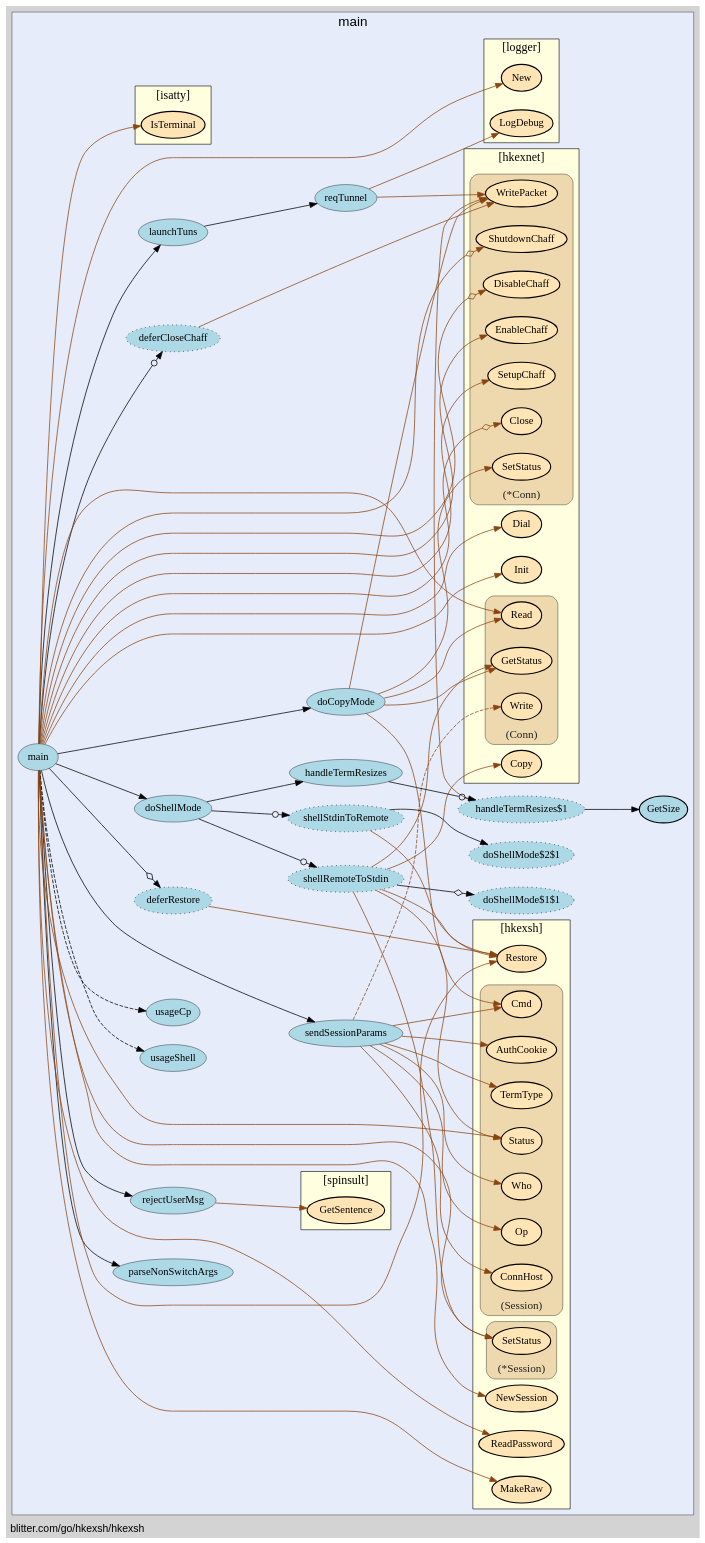
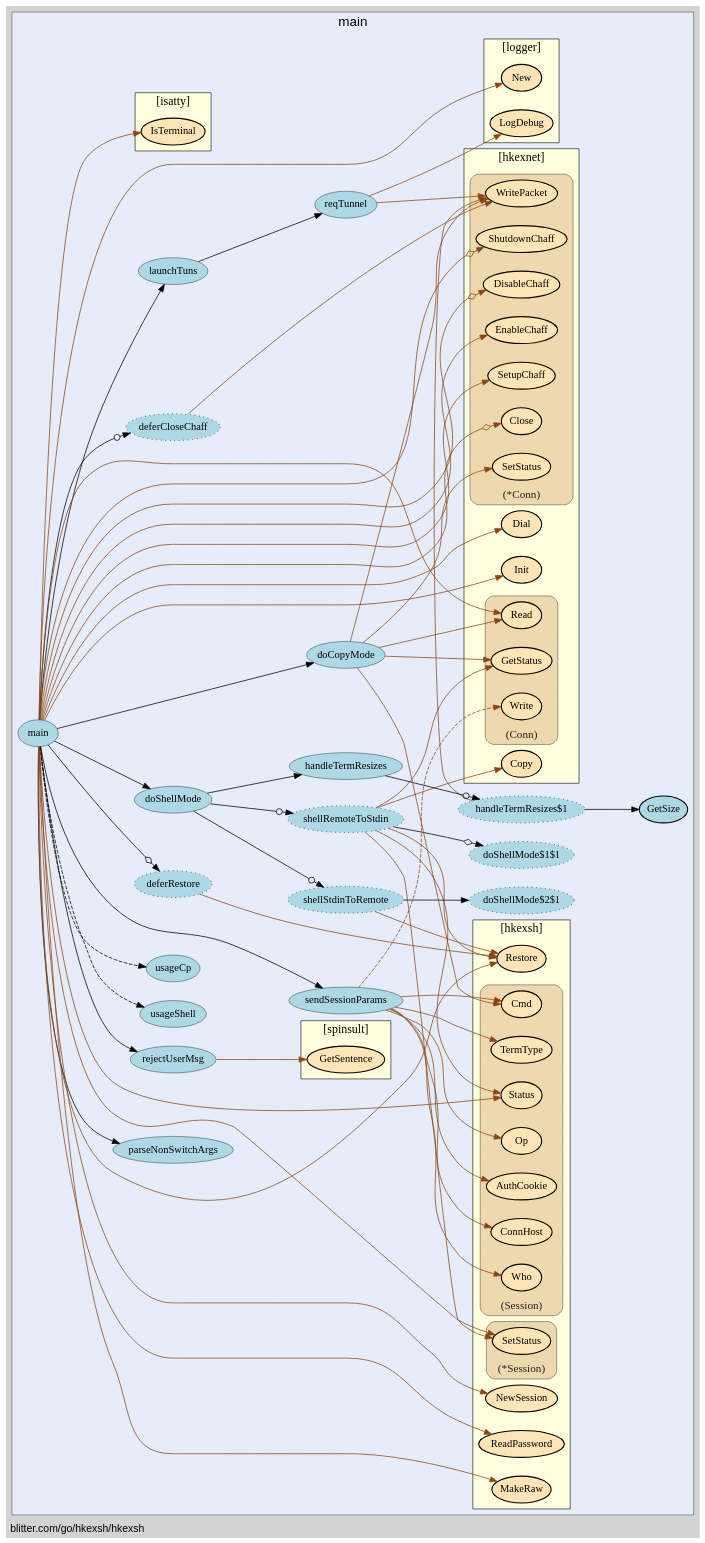
Before and after one commit to isgasho/xs: the diagram in hkexsh/hkexsh-vis.gv, drawn with Graphviz. The commit also changed 11 other files, not shown here.

```diff
--- a/hkexsh/hkexsh-vis.gv
+++ b/hkexsh/hkexsh-vis.gv
@@ -14,98 +14,98 @@
     edge [minlen="2"]
 
     subgraph "cluster_focus" {
-        labelloc="t";
-labeljust="c";
+        labeljust="c";
 fontsize="18";
 bgcolor="#e6ecfa";
 label="main";
+labelloc="t";
         
-        "blitter.com/go/hkexsh/hkexsh.reqTunnel" [ fillcolor="lightblue" label="reqTunnel" penwidth="0.5" ]
-        "blitter.com/go/hkexsh/hkexsh.sendSessionParams" [ label="sendSessionParams" penwidth="0.5" fillcolor="lightblue" ]
-        "blitter.com/go/hkexsh/hkexsh.launchTuns" [ fillcolor="lightblue" label="launchTuns" penwidth="0.5" ]
-        "blitter.com/go/hkexsh/hkexsh.main" [ fillcolor="lightblue" label="main" penwidth="0.5" ]
-        "blitter.com/go/hkexsh/hkexsh.parseNonSwitchArgs" [ fillcolor="lightblue" label="parseNonSwitchArgs" penwidth="0.5" ]
-        "blitter.com/go/hkexsh/hkexsh.main$1" [ fillcolor="lightblue" label="deferRestore" style="dotted,filled" ]
-        "blitter.com/go/hkexsh/hkexsh.rejectUserMsg" [ fillcolor="lightblue" label="rejectUserMsg" penwidth="0.5" ]
-        "blitter.com/go/hkexsh/hkexsh.main$2" [ fillcolor="lightblue" label="deferCloseChaff" style="dotted,filled" ]
+        "blitter.com/go/hkexsh/hkexsh.sendSessionParams" [ fillcolor="lightblue" label="sendSessionParams" penwidth="0.5" ]
         "blitter.com/go/hkexsh/hkexsh.doShellMode$1" [ fillcolor="lightblue" label="shellRemoteToStdin" style="dotted,filled" ]
         "blitter.com/go/hkexsh/hkexsh.doShellMode$1$1" [ fillcolor="lightblue" label="doShellMode$1$1" style="dotted,filled" ]
+        "blitter.com/go/hkexsh/hkexsh.main$1" [ fillcolor="lightblue" label="deferRestore" style="dotted,filled" ]
+        "blitter.com/go/hkexsh/hkexsh.reqTunnel" [ fillcolor="lightblue" label="reqTunnel" penwidth="0.5" ]
         "blitter.com/go/hkexsh/hkexsh.doShellMode" [ fillcolor="lightblue" label="doShellMode" penwidth="0.5" ]
         "blitter.com/go/hkexsh/hkexsh.handleTermResizes$1" [ fillcolor="lightblue" label="handleTermResizes$1" style="dotted,filled" ]
         "blitter.com/go/hkexsh/hkexsh.GetSize" [ fillcolor="lightblue" label="GetSize" penwidth="1.5" ]
         "blitter.com/go/hkexsh/hkexsh.handleTermResizes" [ fillcolor="lightblue" label="handleTermResizes" penwidth="0.5" ]
         "blitter.com/go/hkexsh/hkexsh.doShellMode$2" [ fillcolor="lightblue" label="shellStdinToRemote" style="dotted,filled" ]
         "blitter.com/go/hkexsh/hkexsh.doShellMode$2$1" [ fillcolor="lightblue" label="doShellMode$2$1" style="dotted,filled" ]
-        "blitter.com/go/hkexsh/hkexsh.doCopyMode" [ penwidth="0.5" fillcolor="lightblue" label="doCopyMode" ]
-        "blitter.com/go/hkexsh/hkexsh.usageShell" [ label="usageShell" penwidth="0.5" fillcolor="lightblue" ]
-        "blitter.com/go/hkexsh/hkexsh.usageCp" [ fillcolor="lightblue" label="usageCp" penwidth="0.5" ]
+        "blitter.com/go/hkexsh/hkexsh.main$2" [ fillcolor="lightblue" label="deferCloseChaff" style="dotted,filled" ]
+        "blitter.com/go/hkexsh/hkexsh.main" [ fillcolor="lightblue" label="main" penwidth="0.5" ]
+        "blitter.com/go/hkexsh/hkexsh.parseNonSwitchArgs" [ fillcolor="lightblue" label="parseNonSwitchArgs" penwidth="0.5" ]
+        "blitter.com/go/hkexsh/hkexsh.rejectUserMsg" [ fillcolor="lightblue" label="rejectUserMsg" penwidth="0.5" ]
+        "blitter.com/go/hkexsh/hkexsh.launchTuns" [ label="launchTuns" penwidth="0.5" fillcolor="lightblue" ]
+        "blitter.com/go/hkexsh/hkexsh.doCopyMode" [ fillcolor="lightblue" label="doCopyMode" penwidth="0.5" ]
+        "blitter.com/go/hkexsh/hkexsh.usageShell" [ fillcolor="lightblue" label="usageShell" penwidth="0.5" ]
+        "blitter.com/go/hkexsh/hkexsh.usageCp" [ penwidth="0.5" fillcolor="lightblue" label="usageCp" ]
         
         subgraph "cluster_blitter.com/go/hkexsh" {
-        tooltip="package: blitter.com/go/hkexsh";
-fontsize="16";
+        fontsize="16";
 style="filled";
-fillcolor="lightyellow";
 fontname="bold";
 rank="sink";
+penwidth="0.8";
+fillcolor="lightyellow";
+label="[hkexsh]";
 URL="/?f=blitter.com/go/hkexsh";
-penwidth="0.8";
-label="[hkexsh]";
+tooltip="package: blitter.com/go/hkexsh";
         
-        "blitter.com/go/hkexsh.MakeRaw" [ penwidth="1.5" fillcolor="moccasin" label="MakeRaw" ]
-        "blitter.com/go/hkexsh.Restore" [ label="Restore" penwidth="1.5" fillcolor="moccasin" ]
-        "blitter.com/go/hkexsh.ReadPassword" [ label="ReadPassword" penwidth="1.5" fillcolor="moccasin" ]
+        "blitter.com/go/hkexsh.Restore" [ fillcolor="moccasin" label="Restore" penwidth="1.5" ]
+        "blitter.com/go/hkexsh.MakeRaw" [ fillcolor="moccasin" label="MakeRaw" penwidth="1.5" ]
+        "blitter.com/go/hkexsh.ReadPassword" [ fillcolor="moccasin" label="ReadPassword" penwidth="1.5" ]
         "blitter.com/go/hkexsh.NewSession" [ fillcolor="moccasin" label="NewSession" penwidth="1.5" ]
         
         subgraph "cluster_*blitter.com/go/hkexsh.Session" {
-        labelloc="b";
-style="rounded,filled";
+        style="rounded,filled";
 fillcolor="wheat2";
 label="(*Session)";
 tooltip="type: *blitter.com/go/hkexsh.Session";
 penwidth="0.5";
 fontsize="15";
 fontcolor="#222222";
+labelloc="b";
         
         "(*blitter.com/go/hkexsh.Session).SetStatus" [ fillcolor="moccasin" label="SetStatus" penwidth="1.5" ]
         
     }
 
         subgraph "cluster_blitter.com/go/hkexsh.Session" {
-        fontcolor="#222222";
+        penwidth="0.5";
+fontsize="15";
+fontcolor="#222222";
 labelloc="b";
 style="rounded,filled";
 fillcolor="wheat2";
 label="(Session)";
 tooltip="type: blitter.com/go/hkexsh.Session";
-penwidth="0.5";
-fontsize="15";
         
         "(blitter.com/go/hkexsh.Session).Op" [ fillcolor="moccasin" label="Op" penwidth="1.5" ]
-        "(blitter.com/go/hkexsh.Session).Who" [ fillcolor="moccasin" label="Who" penwidth="1.5" ]
+        "(blitter.com/go/hkexsh.Session).Who" [ label="Who" penwidth="1.5" fillcolor="moccasin" ]
         "(blitter.com/go/hkexsh.Session).ConnHost" [ fillcolor="moccasin" label="ConnHost" penwidth="1.5" ]
-        "(blitter.com/go/hkexsh.Session).TermType" [ label="TermType" penwidth="1.5" fillcolor="moccasin" ]
+        "(blitter.com/go/hkexsh.Session).TermType" [ fillcolor="moccasin" label="TermType" penwidth="1.5" ]
         "(blitter.com/go/hkexsh.Session).Cmd" [ fillcolor="moccasin" label="Cmd" penwidth="1.5" ]
         "(blitter.com/go/hkexsh.Session).AuthCookie" [ fillcolor="moccasin" label="AuthCookie" penwidth="1.5" ]
-        "(blitter.com/go/hkexsh.Session).Status" [ fillcolor="moccasin" label="Status" penwidth="1.5" ]
+        "(blitter.com/go/hkexsh.Session).Status" [ penwidth="1.5" fillcolor="moccasin" label="Status" ]
         
     }
 
     }
 
         subgraph "cluster_blitter.com/go/hkexsh/hkexnet" {
-        fontsize="16";
-fillcolor="lightyellow";
+        fillcolor="lightyellow";
 fontname="bold";
-rank="sink";
-URL="/?f=blitter.com/go/hkexsh/hkexnet";
+tooltip="package: blitter.com/go/hkexsh/hkexnet";
 penwidth="0.8";
 style="filled";
+rank="sink";
 label="[hkexnet]";
-tooltip="package: blitter.com/go/hkexsh/hkexnet";
+URL="/?f=blitter.com/go/hkexsh/hkexnet";
+fontsize="16";
         
+        "blitter.com/go/hkexsh/hkexnet.Copy" [ fillcolor="moccasin" label="Copy" penwidth="1.5" ]
         "blitter.com/go/hkexsh/hkexnet.Init" [ fillcolor="moccasin" label="Init" penwidth="1.5" ]
         "blitter.com/go/hkexsh/hkexnet.Dial" [ fillcolor="moccasin" label="Dial" penwidth="1.5" ]
-        "blitter.com/go/hkexsh/hkexnet.Copy" [ fillcolor="moccasin" label="Copy" penwidth="1.5" ]
         
         subgraph "cluster_*blitter.com/go/hkexsh/hkexnet.Conn" {
         fontcolor="#222222";
@@ -118,43 +118,43 @@
 fontsize="15";
         
         "(*blitter.com/go/hkexsh/hkexnet.Conn).WritePacket" [ fillcolor="moccasin" label="WritePacket" penwidth="1.5" ]
-        "(*blitter.com/go/hkexsh/hkexnet.Conn).Close" [ penwidth="1.5" fillcolor="moccasin" label="Close" ]
+        "(*blitter.com/go/hkexsh/hkexnet.Conn).Close" [ label="Close" penwidth="1.5" fillcolor="moccasin" ]
         "(*blitter.com/go/hkexsh/hkexnet.Conn).SetupChaff" [ fillcolor="moccasin" label="SetupChaff" penwidth="1.5" ]
         "(*blitter.com/go/hkexsh/hkexnet.Conn).EnableChaff" [ fillcolor="moccasin" label="EnableChaff" penwidth="1.5" ]
-        "(*blitter.com/go/hkexsh/hkexnet.Conn).DisableChaff" [ label="DisableChaff" penwidth="1.5" fillcolor="moccasin" ]
+        "(*blitter.com/go/hkexsh/hkexnet.Conn).DisableChaff" [ fillcolor="moccasin" label="DisableChaff" penwidth="1.5" ]
         "(*blitter.com/go/hkexsh/hkexnet.Conn).ShutdownChaff" [ fillcolor="moccasin" label="ShutdownChaff" penwidth="1.5" ]
         "(*blitter.com/go/hkexsh/hkexnet.Conn).SetStatus" [ fillcolor="moccasin" label="SetStatus" penwidth="1.5" ]
         
     }
 
         subgraph "cluster_blitter.com/go/hkexsh/hkexnet.Conn" {
-        penwidth="0.5";
+        style="rounded,filled";
+fillcolor="wheat2";
+label="(Conn)";
+tooltip="type: blitter.com/go/hkexsh/hkexnet.Conn";
+penwidth="0.5";
 fontsize="15";
 fontcolor="#222222";
 labelloc="b";
-style="rounded,filled";
-fillcolor="wheat2";
-label="(Conn)";
-tooltip="type: blitter.com/go/hkexsh/hkexnet.Conn";
         
-        "(blitter.com/go/hkexsh/hkexnet.Conn).Write" [ fillcolor="moccasin" label="Write" penwidth="1.5" ]
+        "(blitter.com/go/hkexsh/hkexnet.Conn).Write" [ penwidth="1.5" fillcolor="moccasin" label="Write" ]
+        "(blitter.com/go/hkexsh/hkexnet.Conn).GetStatus" [ fillcolor="moccasin" label="GetStatus" penwidth="1.5" ]
         "(blitter.com/go/hkexsh/hkexnet.Conn).Read" [ fillcolor="moccasin" label="Read" penwidth="1.5" ]
-        "(blitter.com/go/hkexsh/hkexnet.Conn).GetStatus" [ penwidth="1.5" fillcolor="moccasin" label="GetStatus" ]
         
     }
 
     }
 
         subgraph "cluster_blitter.com/go/hkexsh/logger" {
-        penwidth="0.8";
-style="filled";
-label="[logger]";
-URL="/?f=blitter.com/go/hkexsh/logger";
-fontsize="16";
-fillcolor="lightyellow";
+        URL="/?f=blitter.com/go/hkexsh/logger";
+tooltip="package: blitter.com/go/hkexsh/logger";
+penwidth="0.8";
 fontname="bold";
 rank="sink";
-tooltip="package: blitter.com/go/hkexsh/logger";
+label="[logger]";
+fontsize="16";
+style="filled";
+fillcolor="lightyellow";
         
         "blitter.com/go/hkexsh/logger.LogDebug" [ fillcolor="moccasin" label="LogDebug" penwidth="1.5" ]
         "blitter.com/go/hkexsh/logger.New" [ fillcolor="moccasin" label="New" penwidth="1.5" ]
@@ -162,30 +162,30 @@
     }
 
         subgraph "cluster_blitter.com/go/hkexsh/spinsult" {
-        fontname="bold";
+        penwidth="0.8";
+fontsize="16";
+style="filled";
+rank="sink";
 label="[spinsult]";
+tooltip="package: blitter.com/go/hkexsh/spinsult";
+fillcolor="lightyellow";
+fontname="bold";
 URL="/?f=blitter.com/go/hkexsh/spinsult";
-tooltip="package: blitter.com/go/hkexsh/spinsult";
-style="filled";
-fontsize="16";
-fillcolor="lightyellow";
-rank="sink";
-penwidth="0.8";
         
         "blitter.com/go/hkexsh/spinsult.GetSentence" [ fillcolor="moccasin" label="GetSentence" penwidth="1.5" ]
         
     }
 
         subgraph "cluster_github.com/mattn/go-isatty" {
-        penwidth="0.8";
-fontsize="16";
+        rank="sink";
+URL="/?f=github.com/mattn/go-isatty";
+tooltip="package: github.com/mattn/go-isatty";
+penwidth="0.8";
+style="filled";
 fillcolor="lightyellow";
 fontname="bold";
-URL="/?f=github.com/mattn/go-isatty";
-style="filled";
-rank="sink";
 label="[isatty]";
-tooltip="package: github.com/mattn/go-isatty";
+fontsize="16";
         
         "github.com/mattn/go-isatty.IsTerminal" [ fillcolor="moccasin" label="IsTerminal" penwidth="1.5" ]
         
@@ -193,8 +193,6 @@
 
     }
 
-    "blitter.com/go/hkexsh/hkexsh.reqTunnel" -> "blitter.com/go/hkexsh/logger.LogDebug" [ color="saddlebrown" ]
-    "blitter.com/go/hkexsh/hkexsh.reqTunnel" -> "(*blitter.com/go/hkexsh/hkexnet.Conn).WritePacket" [ color="saddlebrown" ]
     "blitter.com/go/hkexsh/hkexsh.sendSessionParams" -> "(blitter.com/go/hkexsh.Session).Op" [ color="saddlebrown" ]
     "blitter.com/go/hkexsh/hkexsh.sendSessionParams" -> "(blitter.com/go/hkexsh.Session).Who" [ color="saddlebrown" ]
     "blitter.com/go/hkexsh/hkexsh.sendSessionParams" -> "(blitter.com/go/hkexsh.Session).ConnHost" [ color="saddlebrown" ]
@@ -202,7 +200,24 @@
     "blitter.com/go/hkexsh/hkexsh.sendSessionParams" -> "(blitter.com/go/hkexsh.Session).Cmd" [ color="saddlebrown" ]
     "blitter.com/go/hkexsh/hkexsh.sendSessionParams" -> "(blitter.com/go/hkexsh.Session).AuthCookie" [ color="saddlebrown" ]
     "blitter.com/go/hkexsh/hkexsh.sendSessionParams" -> "(blitter.com/go/hkexsh/hkexnet.Conn).Write" [ style="dashed" color="saddlebrown" ]
-    "blitter.com/go/hkexsh/hkexsh.launchTuns" -> "blitter.com/go/hkexsh/hkexsh.reqTunnel" [  ]
+    "blitter.com/go/hkexsh/hkexsh.doShellMode$1" -> "blitter.com/go/hkexsh/hkexsh.doShellMode$1$1" [ arrowhead="normalnoneodiamond" ]
+    "blitter.com/go/hkexsh/hkexsh.doShellMode$1" -> "blitter.com/go/hkexsh/hkexnet.Copy" [ color="saddlebrown" ]
+    "blitter.com/go/hkexsh/hkexsh.doShellMode$1" -> "blitter.com/go/hkexsh.Restore" [ color="saddlebrown" ]
+    "blitter.com/go/hkexsh/hkexsh.doShellMode$1" -> "(blitter.com/go/hkexsh/hkexnet.Conn).GetStatus" [ color="saddlebrown" ]
+    "blitter.com/go/hkexsh/hkexsh.doShellMode$1" -> "(*blitter.com/go/hkexsh.Session).SetStatus" [ color="saddlebrown" ]
+    "blitter.com/go/hkexsh/hkexsh.doShellMode$1" -> "(blitter.com/go/hkexsh.Session).Status" [ color="saddlebrown" ]
+    "blitter.com/go/hkexsh/hkexsh.main$1" -> "blitter.com/go/hkexsh.Restore" [ color="saddlebrown" ]
+    "blitter.com/go/hkexsh/hkexsh.reqTunnel" -> "blitter.com/go/hkexsh/logger.LogDebug" [ color="saddlebrown" ]
+    "blitter.com/go/hkexsh/hkexsh.reqTunnel" -> "(*blitter.com/go/hkexsh/hkexnet.Conn).WritePacket" [ color="saddlebrown" ]
+    "blitter.com/go/hkexsh/hkexsh.doShellMode" -> "blitter.com/go/hkexsh/hkexsh.doShellMode$1" [ arrowhead="normalnoneodot" ]
+    "blitter.com/go/hkexsh/hkexsh.handleTermResizes$1" -> "blitter.com/go/hkexsh/hkexsh.GetSize" [  ]
+    "blitter.com/go/hkexsh/hkexsh.handleTermResizes$1" -> "(*blitter.com/go/hkexsh/hkexnet.Conn).WritePacket" [ color="saddlebrown" ]
+    "blitter.com/go/hkexsh/hkexsh.handleTermResizes" -> "blitter.com/go/hkexsh/hkexsh.handleTermResizes$1" [ arrowhead="normalnoneodot" ]
+    "blitter.com/go/hkexsh/hkexsh.doShellMode" -> "blitter.com/go/hkexsh/hkexsh.handleTermResizes" [  ]
+    "blitter.com/go/hkexsh/hkexsh.doShellMode$2" -> "blitter.com/go/hkexsh/hkexsh.doShellMode$2$1" [  ]
+    "blitter.com/go/hkexsh/hkexsh.doShellMode$2" -> "blitter.com/go/hkexsh.Restore" [ color="saddlebrown" ]
+    "blitter.com/go/hkexsh/hkexsh.doShellMode" -> "blitter.com/go/hkexsh/hkexsh.doShellMode$2" [ arrowhead="normalnoneodot" ]
+    "blitter.com/go/hkexsh/hkexsh.main$2" -> "(*blitter.com/go/hkexsh/hkexnet.Conn).WritePacket" [ color="saddlebrown" ]
     "blitter.com/go/hkexsh/hkexsh.main" -> "blitter.com/go/hkexsh/hkexsh.parseNonSwitchArgs" [  ]
     "blitter.com/go/hkexsh/hkexsh.main" -> "blitter.com/go/hkexsh/logger.New" [ color="saddlebrown" ]
     "blitter.com/go/hkexsh/hkexsh.main" -> "blitter.com/go/hkexsh/hkexnet.Init" [ color="saddlebrown" ]
@@ -210,7 +225,6 @@
     "blitter.com/go/hkexsh/hkexsh.main" -> "(*blitter.com/go/hkexsh/hkexnet.Conn).Close" [ arrowhead="normalnoneodiamond" color="saddlebrown" ]
     "blitter.com/go/hkexsh/hkexsh.main" -> "github.com/mattn/go-isatty.IsTerminal" [ color="saddlebrown" ]
     "blitter.com/go/hkexsh/hkexsh.main" -> "blitter.com/go/hkexsh.MakeRaw" [ color="saddlebrown" ]
-    "blitter.com/go/hkexsh/hkexsh.main$1" -> "blitter.com/go/hkexsh.Restore" [ color="saddlebrown" ]
     "blitter.com/go/hkexsh/hkexsh.main" -> "blitter.com/go/hkexsh/hkexsh.main$1" [ arrowhead="normalnoneodiamond" ]
     "blitter.com/go/hkexsh/hkexsh.main" -> "blitter.com/go/hkexsh.ReadPassword" [ color="saddlebrown" ]
     "blitter.com/go/hkexsh/hkexsh.main" -> "blitter.com/go/hkexsh.NewSession" [ color="saddlebrown" ]
@@ -222,24 +236,10 @@
     "blitter.com/go/hkexsh/hkexsh.main" -> "(*blitter.com/go/hkexsh/hkexnet.Conn).SetupChaff" [ color="saddlebrown" ]
     "blitter.com/go/hkexsh/hkexsh.main" -> "(*blitter.com/go/hkexsh/hkexnet.Conn).EnableChaff" [ color="saddlebrown" ]
     "blitter.com/go/hkexsh/hkexsh.main" -> "(*blitter.com/go/hkexsh/hkexnet.Conn).DisableChaff" [ arrowhead="normalnoneodiamond" color="saddlebrown" ]
-    "blitter.com/go/hkexsh/hkexsh.main" -> "(*blitter.com/go/hkexsh/hkexnet.Conn).ShutdownChaff" [ arrowhead="normalnoneodiamond" color="saddlebrown" ]
-    "blitter.com/go/hkexsh/hkexsh.main$2" -> "(*blitter.com/go/hkexsh/hkexnet.Conn).WritePacket" [ color="saddlebrown" ]
+    "blitter.com/go/hkexsh/hkexsh.main" -> "(*blitter.com/go/hkexsh/hkexnet.Conn).ShutdownChaff" [ color="saddlebrown" arrowhead="normalnoneodiamond" ]
     "blitter.com/go/hkexsh/hkexsh.main" -> "blitter.com/go/hkexsh/hkexsh.main$2" [ arrowhead="normalnoneodot" ]
+    "blitter.com/go/hkexsh/hkexsh.launchTuns" -> "blitter.com/go/hkexsh/hkexsh.reqTunnel" [  ]
     "blitter.com/go/hkexsh/hkexsh.main" -> "blitter.com/go/hkexsh/hkexsh.launchTuns" [  ]
-    "blitter.com/go/hkexsh/hkexsh.doShellMode$1" -> "blitter.com/go/hkexsh/hkexsh.doShellMode$1$1" [ arrowhead="normalnoneodiamond" ]
-    "blitter.com/go/hkexsh/hkexsh.doShellMode$1" -> "blitter.com/go/hkexsh/hkexnet.Copy" [ color="saddlebrown" ]
-    "blitter.com/go/hkexsh/hkexsh.doShellMode$1" -> "blitter.com/go/hkexsh.Restore" [ color="saddlebrown" ]
-    "blitter.com/go/hkexsh/hkexsh.doShellMode$1" -> "(blitter.com/go/hkexsh/hkexnet.Conn).GetStatus" [ color="saddlebrown" ]
-    "blitter.com/go/hkexsh/hkexsh.doShellMode$1" -> "(*blitter.com/go/hkexsh.Session).SetStatus" [ color="saddlebrown" ]
-    "blitter.com/go/hkexsh/hkexsh.doShellMode$1" -> "(blitter.com/go/hkexsh.Session).Status" [ color="saddlebrown" ]
-    "blitter.com/go/hkexsh/hkexsh.doShellMode" -> "blitter.com/go/hkexsh/hkexsh.doShellMode$1" [ arrowhead="normalnoneodot" ]
-    "blitter.com/go/hkexsh/hkexsh.handleTermResizes$1" -> "blitter.com/go/hkexsh/hkexsh.GetSize" [  ]
-    "blitter.com/go/hkexsh/hkexsh.handleTermResizes$1" -> "(*blitter.com/go/hkexsh/hkexnet.Conn).WritePacket" [ color="saddlebrown" ]
-    "blitter.com/go/hkexsh/hkexsh.handleTermResizes" -> "blitter.com/go/hkexsh/hkexsh.handleTermResizes$1" [ arrowhead="normalnoneodot" ]
-    "blitter.com/go/hkexsh/hkexsh.doShellMode" -> "blitter.com/go/hkexsh/hkexsh.handleTermResizes" [  ]
-    "blitter.com/go/hkexsh/hkexsh.doShellMode$2" -> "blitter.com/go/hkexsh/hkexsh.doShellMode$2$1" [  ]
-    "blitter.com/go/hkexsh/hkexsh.doShellMode$2" -> "blitter.com/go/hkexsh.Restore" [ color="saddlebrown" ]
-    "blitter.com/go/hkexsh/hkexsh.doShellMode" -> "blitter.com/go/hkexsh/hkexsh.doShellMode$2" [ arrowhead="normalnoneodot" ]
     "blitter.com/go/hkexsh/hkexsh.main" -> "blitter.com/go/hkexsh/hkexsh.doShellMode" [  ]
     "blitter.com/go/hkexsh/hkexsh.main" -> "(blitter.com/go/hkexsh.Session).Status" [ color="saddlebrown" ]
     "blitter.com/go/hkexsh/hkexsh.doCopyMode" -> "(blitter.com/go/hkexsh.Session).Cmd" [ color="saddlebrown" ]
```
